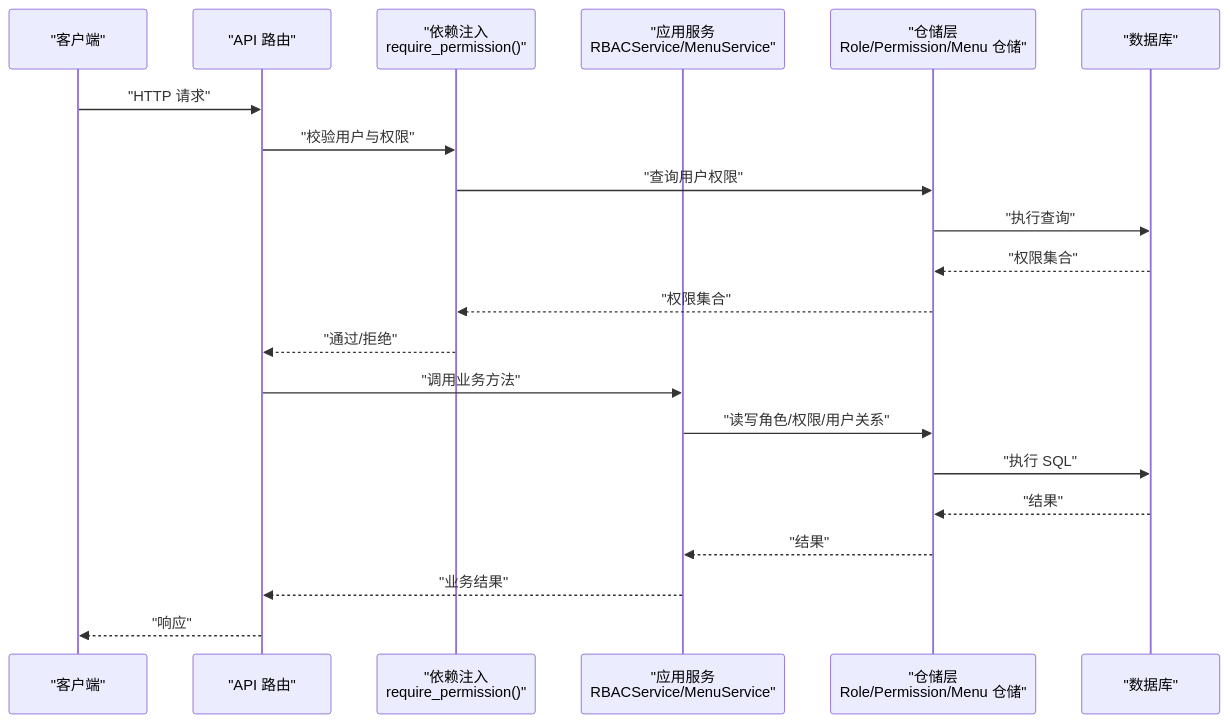
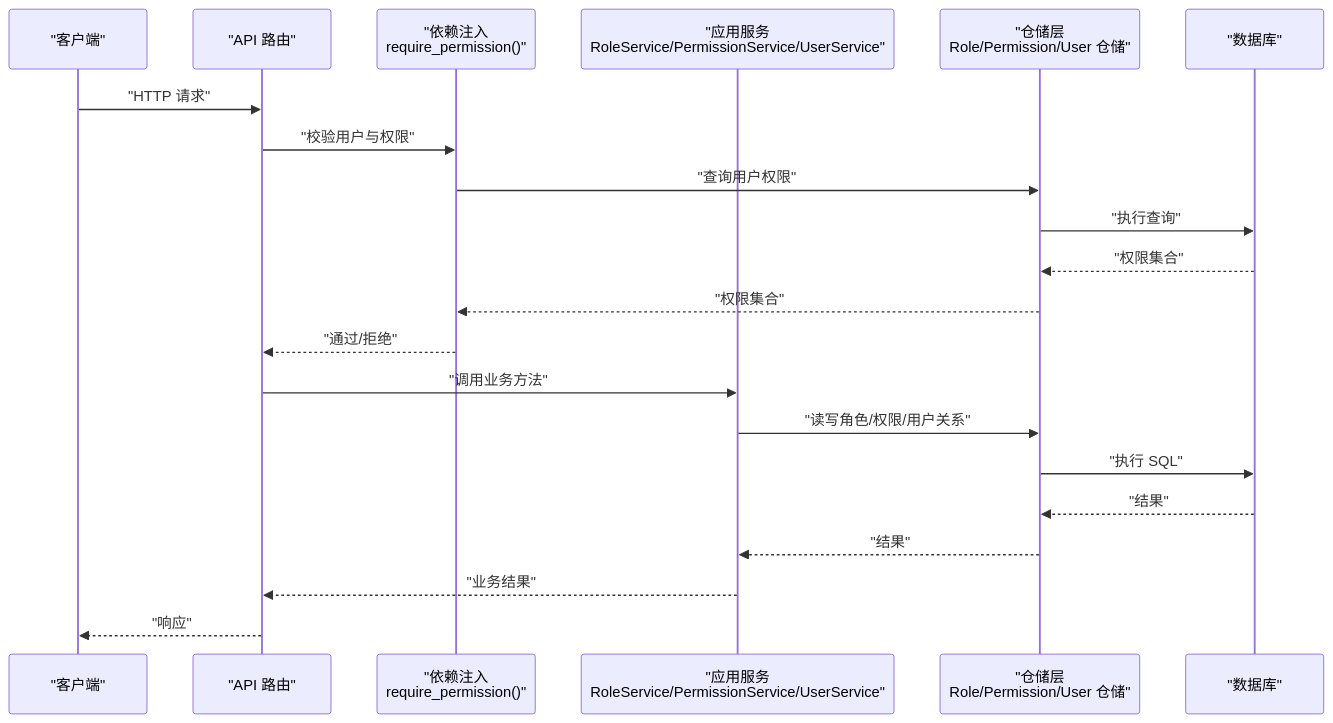
One commit to taoweidong/Hello-FastApi changed the second of 8 diagrams in .qoder/repowiki/zh/content/项目概述/核心特性/RBAC 权限控制/RBAC 权限控制.md. Above: the diagram before and after it, drawn with Mermaid. The commit also changed other lines of this file and 22 other files, not shown here.

````diff
--- a/.qoder/repowiki/zh/content/项目概述/核心特性/RBAC 权限控制/RBAC 权限控制.md
+++ b/.qoder/repowiki/zh/content/项目概述/核心特性/RBAC 权限控制/RBAC 权限控制.md
@@ -146,23 +164,23 @@
 ```mermaid
 sequenceDiagram
 participant Client as "客户端"
 participant API as "API 路由"
 participant Dep as "依赖注入<br/>require_permission()"
-participant Svc as "应用服务<br/>RBACService/MenuService"
-participant Repo as "仓储层<br/>Role/Permission/Menu 仓储"
+participant Svc as "应用服务<br/>RoleService/PermissionService/UserService"
+participant Repo as "仓储层<br/>Role/Permission/User 仓储"
 participant DB as "数据库"
 Client->>API : "HTTP 请求"
 API->>Dep : "校验用户与权限"
 Dep->>Repo : "查询用户权限"
 Repo->>DB : "执行查询"
 DB-->>Repo : "权限集合"
 Repo-->>Dep : "权限集合"
 Dep-->>API : "通过/拒绝"
 API->>Svc : "调用业务方法"
 Svc->>Repo : "读写角色/权限/用户关系"
 Repo->>DB : "执行 SQL"
 DB-->>Repo : "结果"
 Repo-->>Svc : "结果"
 Svc-->>API : "业务结果"
 API-->>Client : "响应"
 ```
````
